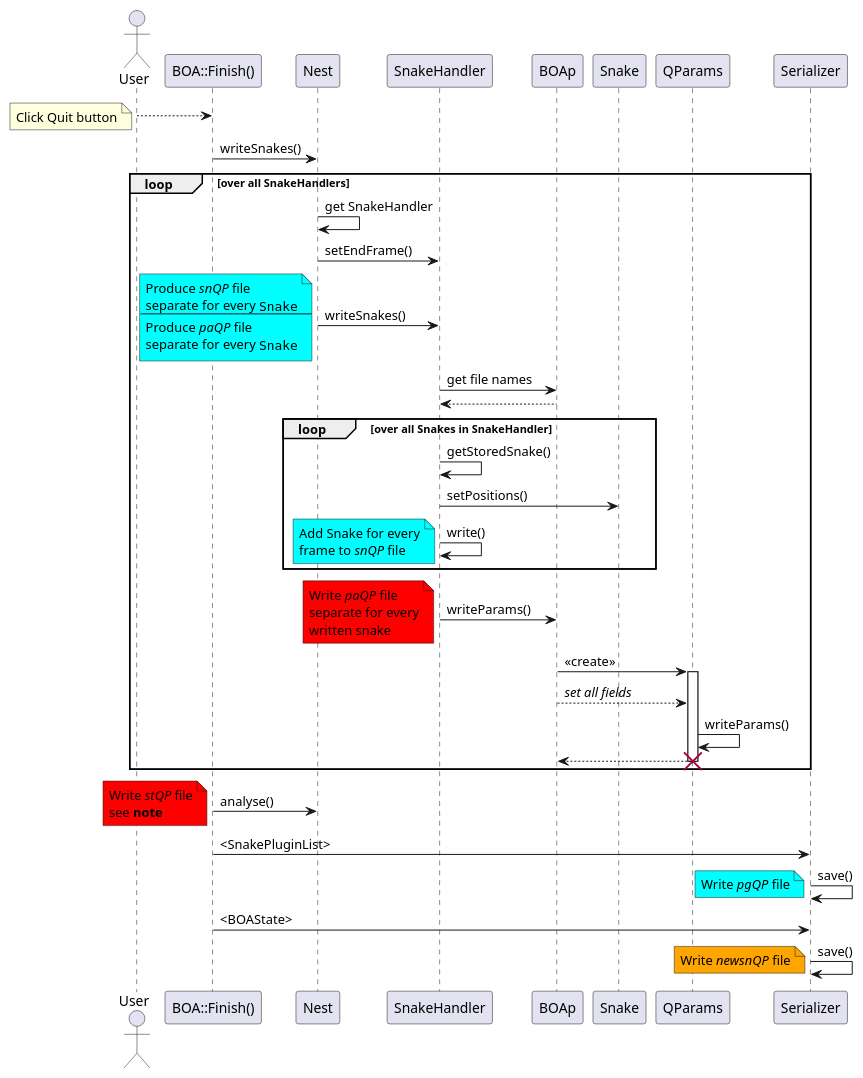
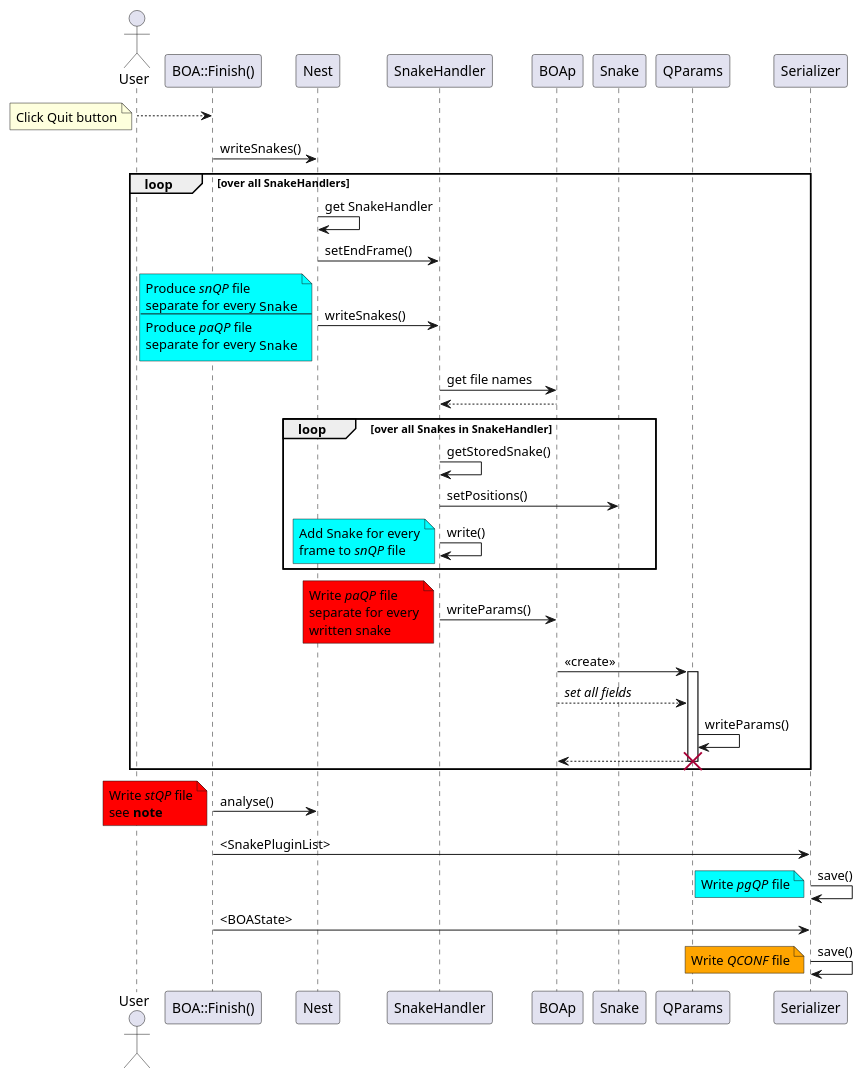
One commit to CellDynamics/QuimP changed the third of 4 diagrams in Doxygen_doc/ConfigurationHandling.md. Above: the diagram before and after it, drawn with PlantUML. The commit also changed other lines of this file and 2 other files, not shown here.

Commit message:
#150 Renamed config file to QCONF

```diff
--- a/Doxygen_doc/ConfigurationHandling.md
+++ b/Doxygen_doc/ConfigurationHandling.md
@@ -88,53 +88,53 @@
 @startuml
 Actor User
 participant "BOA::Finish()"
 participant Nest
 participant SnakeHandler
 participant BOAp
 participant Snake
 participant QParams
 participant Serializer
 
 User-->"BOA::Finish()"
 note left: Click Quit button
 "BOA::Finish()" -> Nest: writeSnakes()
 loop over all SnakeHandlers
 Nest -> Nest : get SnakeHandler
 Nest -> SnakeHandler : setEndFrame()
 Nest -> SnakeHandler : writeSnakes()
 note left #aqua
 Produce //snQP// file
 separate for every ""Snake""
 ---
 Produce //paQP// file
 separate for every ""Snake""
 end note
 SnakeHandler -> BOAp : get file names
 BOAp -->SnakeHandler
 loop over all Snakes in SnakeHandler
 SnakeHandler -> SnakeHandler : getStoredSnake()
 SnakeHandler -> Snake : setPositions()
 SnakeHandler -> SnakeHandler : write()
 note left #aqua
 Add Snake for every
 frame to //snQP// file
 end note
 end
 SnakeHandler -> BOAp : writeParams()
 note left #red : Write //paQP// file\nseparate for every\nwritten snake
 BOAp -> QParams : <<create>>
 activate QParams
 BOAp-->QParams : //set all fields//
 QParams -> QParams : writeParams()
 QParams --> BOAp
 destroy QParams
 end
 "BOA::Finish()" -> Nest: analyse()
 note left #red : Write //stQP// file\nsee **note**
 "BOA::Finish()" -> Serializer : <SnakePluginList>
 Serializer -> Serializer : save()
 note left #aqua : Write //pgQP// file
 "BOA::Finish()" -> Serializer : <BOAState>
 Serializer -> Serializer : save()
-note left #orange : Write //newsnQP// file
+note left #orange : Write //QCONF// file
 @enduml
```
